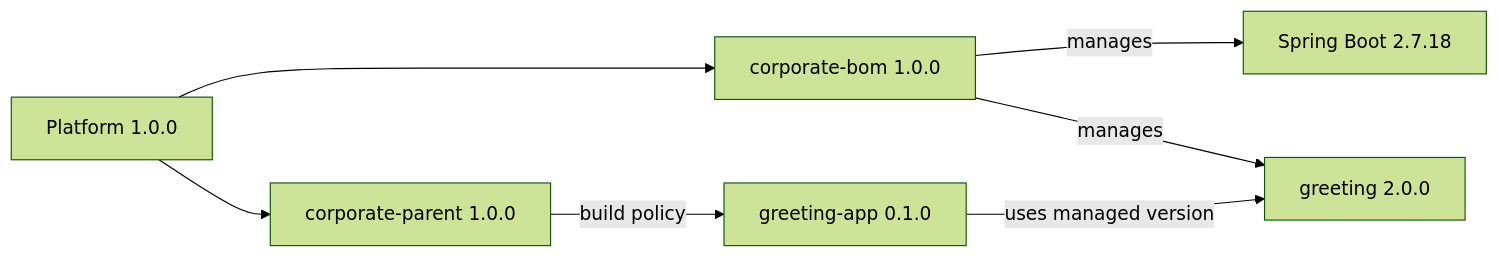
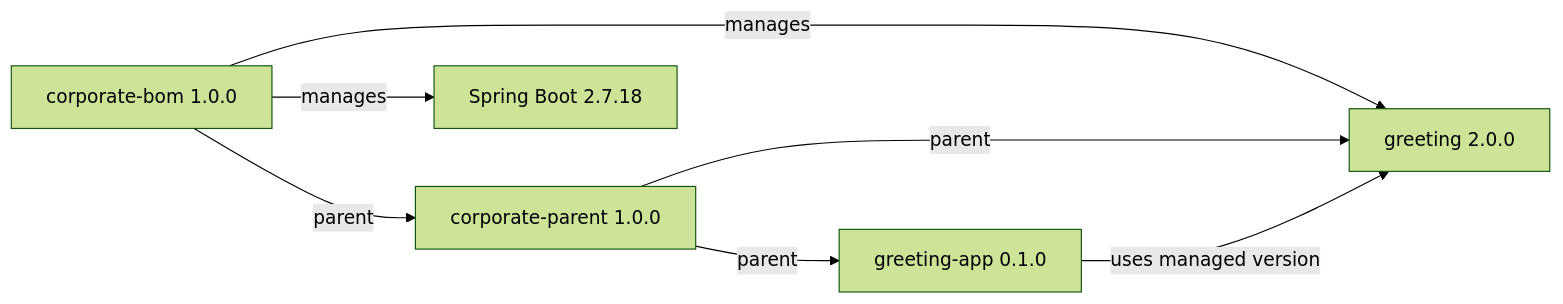
One commit to IAAA-Lab/maven-corporate-pom changed the second of 9 diagrams in README.md. Above: the diagram before and after it, drawn with Mermaid (forest theme). The commit also changed other lines of this file and 11 other files, not shown here.

First line of the commit message:
Align the platform with Spring Boot's parent chain and drop the aggregator.

````diff
--- a/README.md
+++ b/README.md
@@ -133,16 +147,15 @@
 ```mermaid
 flowchart LR
-    platform["Platform 1.0.0"]
     bom["corporate-bom 1.0.0"]
     parent["corporate-parent 1.0.0"]
     boot["Spring Boot 2.7.18"]
     library["greeting 2.0.0"]
     product["greeting-app 0.1.0"]
 
-    platform --> bom
-    platform --> parent
+    bom -->|"parent"| parent
     bom -->|"manages"| boot
     bom -->|"manages"| library
-    parent -->|"build policy"| product
+    parent -->|"parent"| library
+    parent -->|"parent"| product
     product -->|"uses managed version"| library
 ```
````
